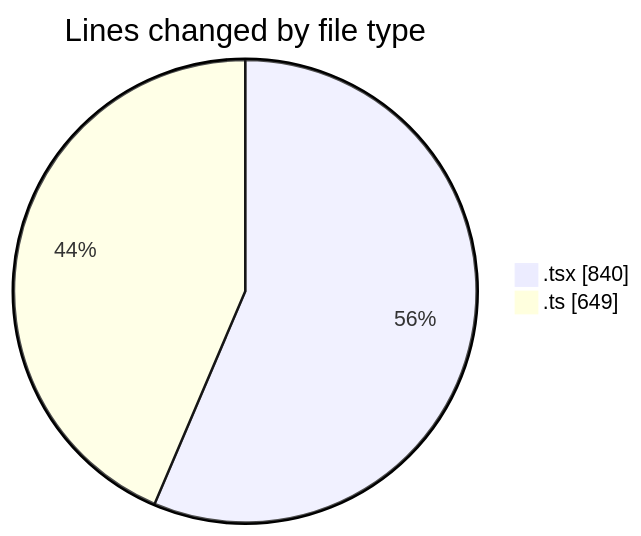
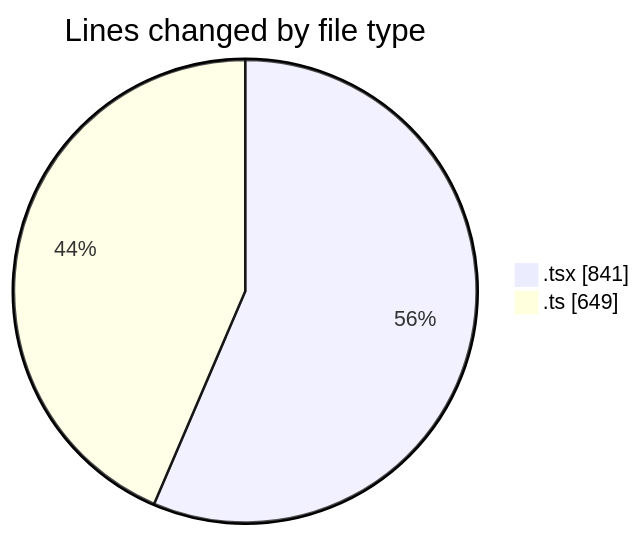
Before and after one commit to julien-gomy/code-tracking: the first of 2 diagrams in 2025-10-15/eventscop-frontend-guide__workspace_/README.md, drawn with Mermaid. The commit also changed other lines of this file and 1 other file, not shown here.

````diff
--- a/2025-10-15/eventscop-frontend-guide__workspace_/README.md
+++ b/2025-10-15/eventscop-frontend-guide__workspace_/README.md
@@ -26,6 +26,6 @@
 ```mermaid
 pie showData
 title Lines changed by file type
-".tsx" : 840
+".tsx" : 841
 ".ts" : 649
 ```
````
